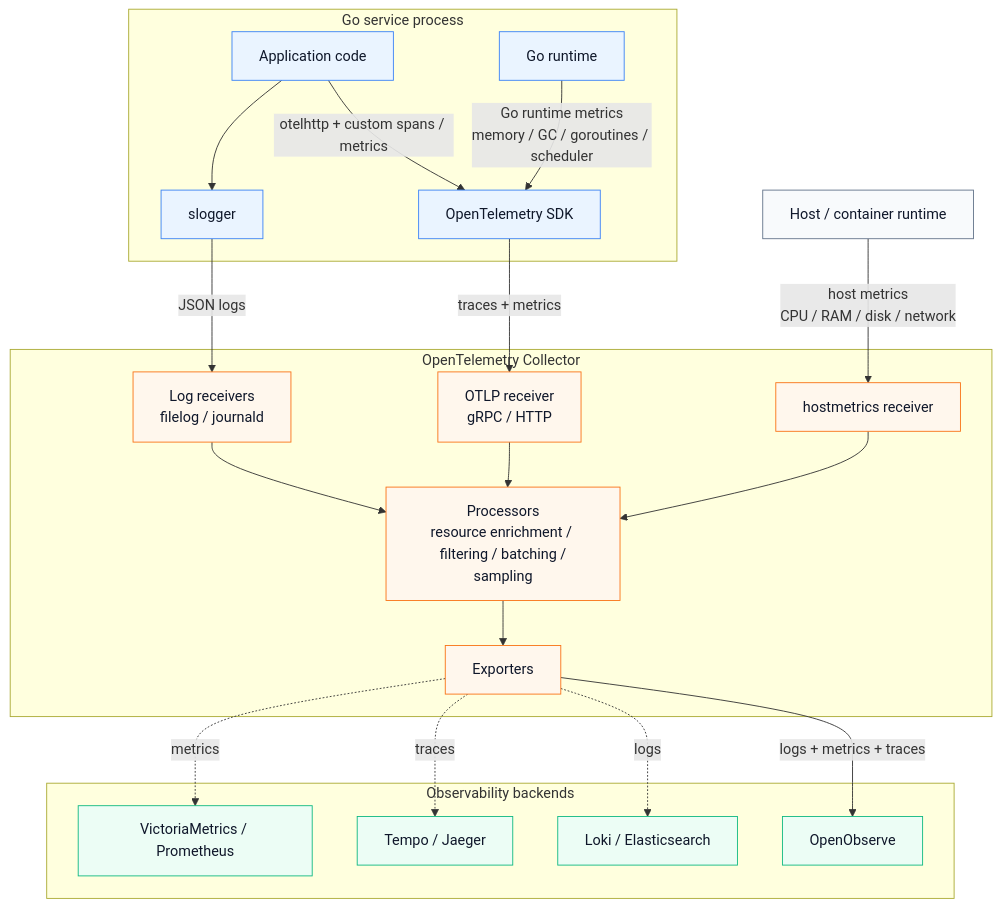
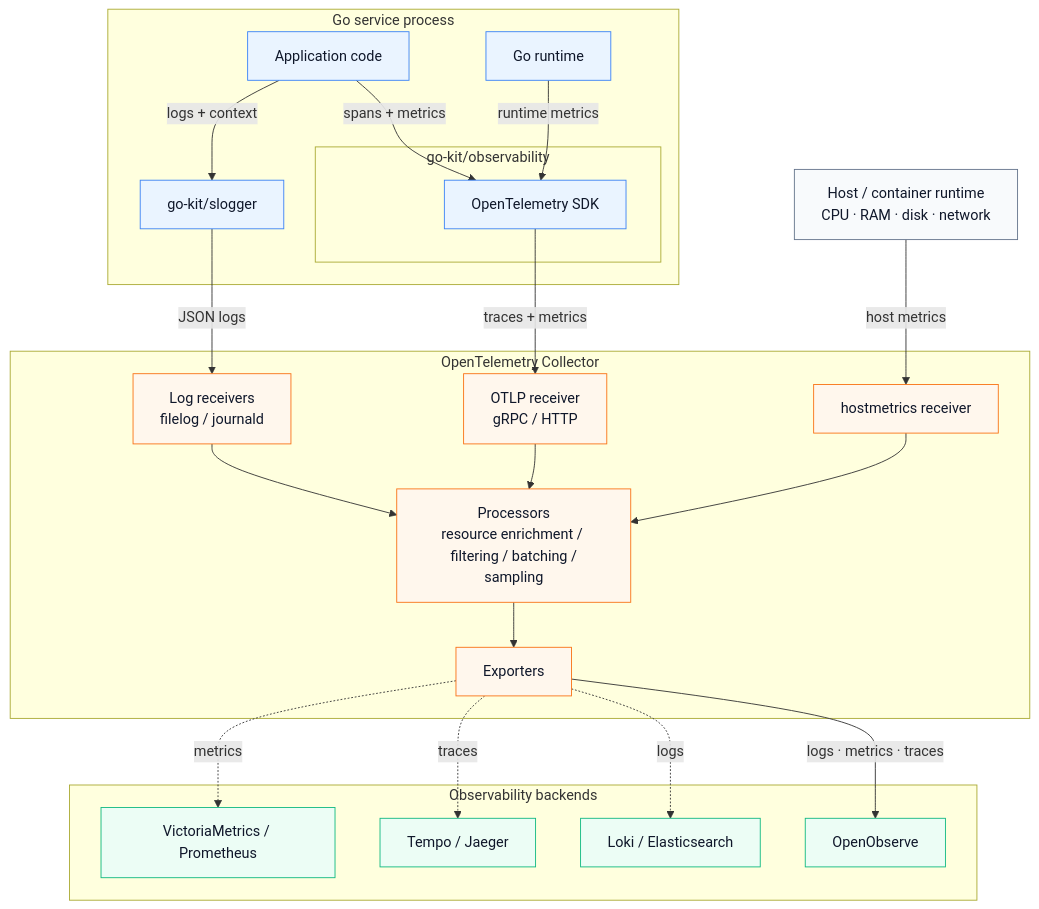
One commit to LeKovr/go-kit changed the diagram in observability/architecture.md. Above: the diagram before and after it, drawn with Mermaid. The commit also changed other lines of this file and 1 other file, not shown here.

Commit message:
observability: уточнить архитектуру и актуализировать semconv (#11)
observability:
* clarify architecture and update semconv
* simplify architecture diagram
* preserve architecture diagram styles

````diff
--- a/observability/architecture.md
+++ b/observability/architecture.md
@@ -11,53 +11,56 @@
 ```mermaid
 flowchart TB
     subgraph app_layer["Go service process"]
         app["Application code"]
         runtime["Go runtime"]
-        otel["OpenTelemetry SDK"]
-        logger["slogger"]
+        logger["go-kit/slogger"]
 
-        app --> |"otelhttp + custom spans / metrics"| otel
-        runtime -->|"Go runtime metrics<br/>memory / GC / goroutines / scheduler"| otel
-        app --> logger
+        subgraph observability_layer["go-kit/observability"]
+            otel["OpenTelemetry SDK"]
+        end
+
+        app -->|"spans + metrics"| otel
+        runtime -->|"runtime metrics"| otel
+        app -->|"logs + context"| logger
     end
 
-    host["Host / container runtime"]
+    host["Host / container runtime<br/>CPU · RAM · disk · network"]
 
     subgraph collector_layer["OpenTelemetry Collector"]
         otlp_receiver["OTLP receiver<br/>gRPC / HTTP"]
         log_receiver["Log receivers<br/>filelog / journald"]
         hostmetrics_receiver["hostmetrics receiver"]
         processors["Processors<br/>resource enrichment / <br/> filtering / batching / sampling"]
         exporters["Exporters"]
 
         otlp_receiver --> processors
         log_receiver --> processors
         hostmetrics_receiver --> processors
         processors --> exporters
     end
 
     subgraph backend_layer["Observability backends"]
         openobserve["OpenObserve"]
         logs_backend["Loki / Elasticsearch"]
         traces_backend["Tempo / Jaeger"]
         metrics_backend["VictoriaMetrics / Prometheus"]
     end
 
     otel -->|"traces + metrics"| otlp_receiver
     logger -->|"JSON logs"| log_receiver
-    host -->|"host metrics<br/>CPU / RAM / disk / network"| hostmetrics_receiver
-    exporters -->|"logs + metrics + traces"| openobserve
+    host -->|"host metrics"| hostmetrics_receiver
+    exporters -->|"logs · metrics · traces"| openobserve
     exporters -.->|"logs"| logs_backend
     exporters -.->|"traces"| traces_backend
     exporters -.->|"metrics"| metrics_backend
 
     classDef app fill:#eaf4ff,stroke:#3b82f6,color:#0f172a
     classDef boundary fill:#f8fafc,stroke:#64748b,color:#0f172a
     classDef collector fill:#fff7ed,stroke:#f97316,color:#0f172a
     classDef backend fill:#ecfdf5,stroke:#10b981,color:#0f172a
 
     class app,otel,runtime,logger app
     class host boundary
     class otlp_receiver,log_receiver,hostmetrics_receiver,processors,exporters collector
     class openobserve,logs_backend,traces_backend,metrics_backend backend
 ```
````
